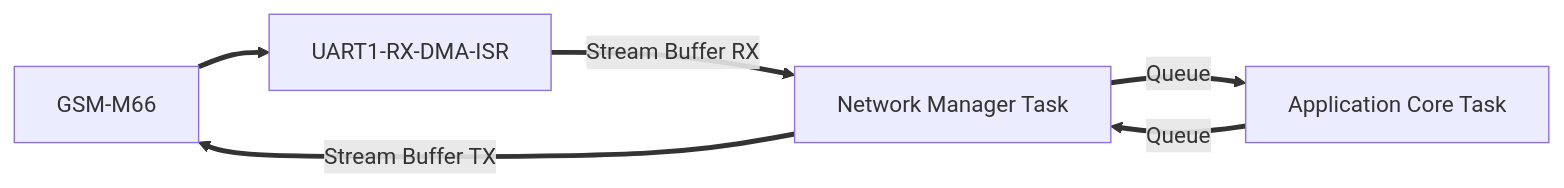
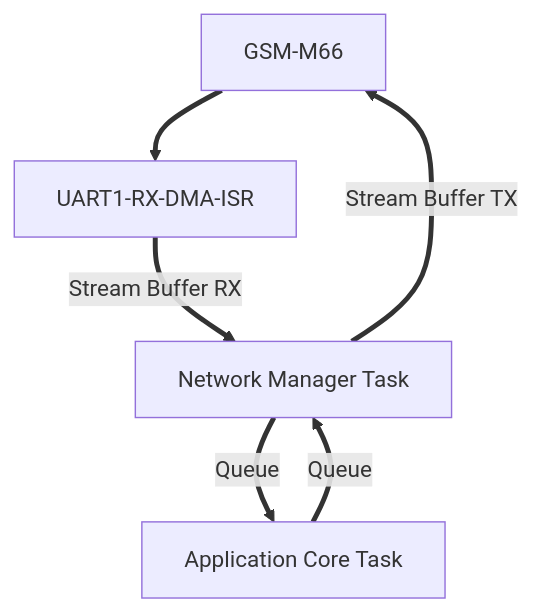
One commit to Alka-q/nuvoton changed the diagram in FreeRTOS-m032/GSM-module.md. Above: the diagram before and after it, drawn with Mermaid. The commit also changed other lines of this file, not shown here.

Commit message:
updated block diagram

````diff
--- a/FreeRTOS-m032/GSM-module.md
+++ b/FreeRTOS-m032/GSM-module.md
@@ -3,8 +3,8 @@
 ```mermaid
-graph LR
+graph 
     GSM[GSM-M66] ==> ISR[UART1-RX-DMA-ISR]
     ISR ==>|Stream Buffer RX| NMT[Network Manager Task]
     NMT ==>|Stream Buffer TX| GSM
     NMT ==>|Queue| APP[Application Core Task]
     APP ==>|Queue| NMT
 ```
````
